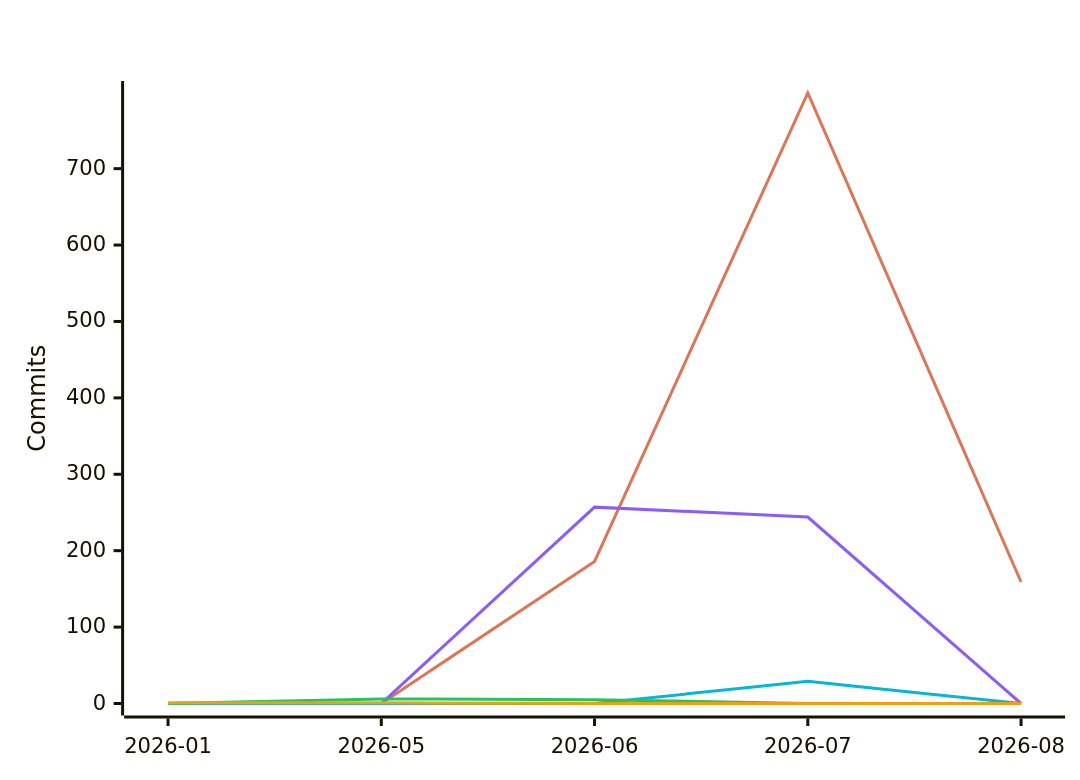
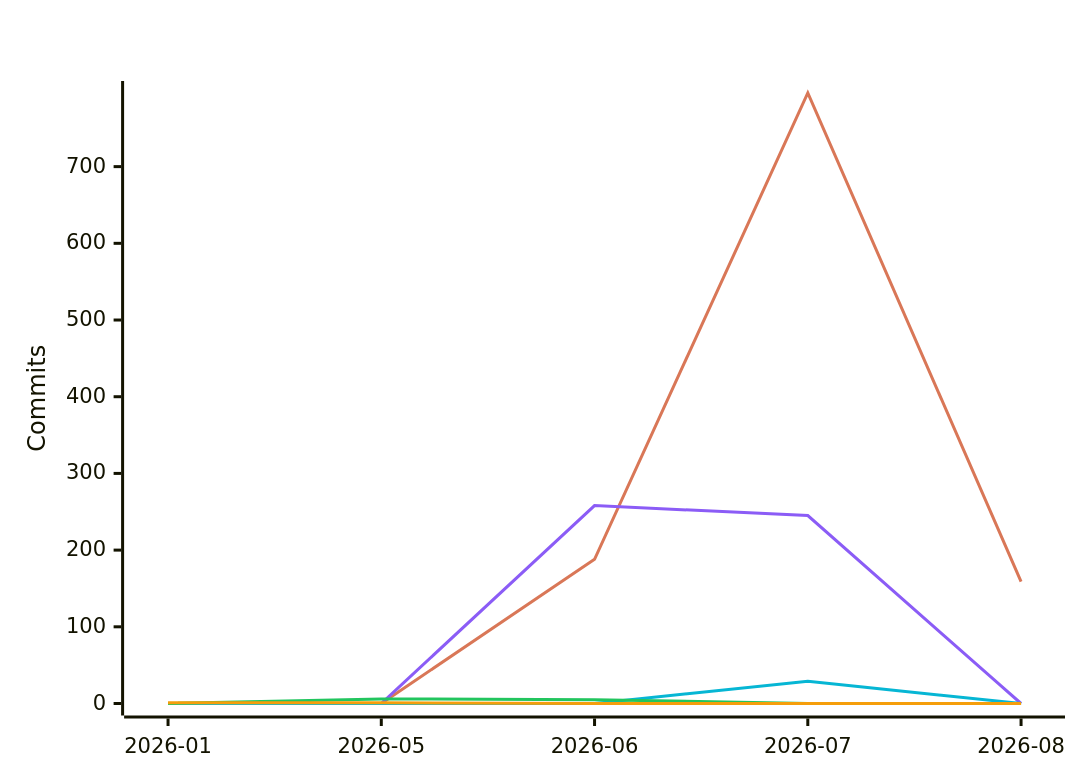
Before and after one commit to polo-nyan/polo-nyan: the fifth of 7 diagrams in README.md, drawn with Mermaid. The commit also changed other lines of this file and 1 other file, not shown here.

````diff
--- a/README.md
+++ b/README.md
@@ -313,12 +313,12 @@
 ```mermaid
 %%{init: {"xyChart": {"titleColor": "#ffffff", "xAxisLabelColor": "#ffffff", "yAxisLabelColor": "#ffffff"}, "themeVariables": {"xyChart": {"titleColor": "#ffffff", "plotColorPalette": "#d97757, #8b5cf6, #06b6d4, #22c55e, #f59e0b, #ec4899"}}}}%%
 xychart-beta
     title "Commits Per Month by Model Family"
     x-axis ["2026-01", "2026-05", "2026-06", "2026-07", "2026-08"]
     y-axis "Commits"
-    line [0, 0, 186, 799, 159]
-    line [0, 0, 257, 244, 0]
+    line [0, 0, 188, 796, 159]
+    line [0, 0, 258, 245, 0]
     line [0, 0, 0, 29, 0]
     line [0, 6, 5, 0, 0]
     line [1, 1, 0, 0, 0]
 ```
````
